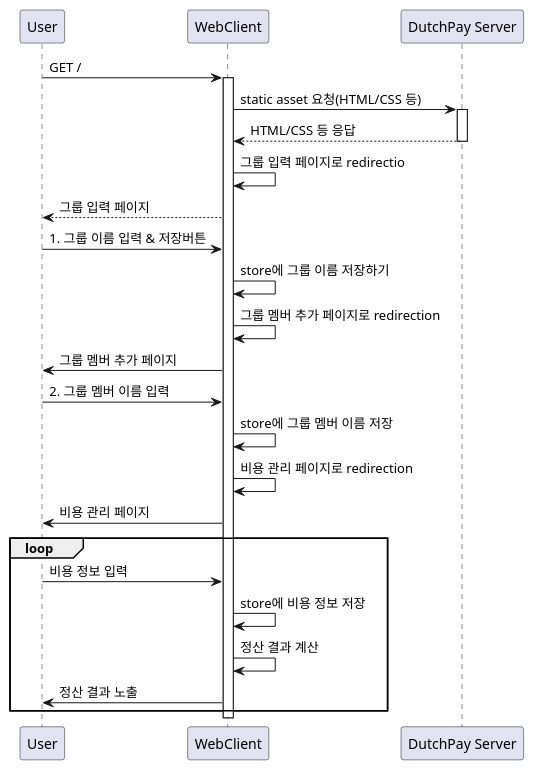
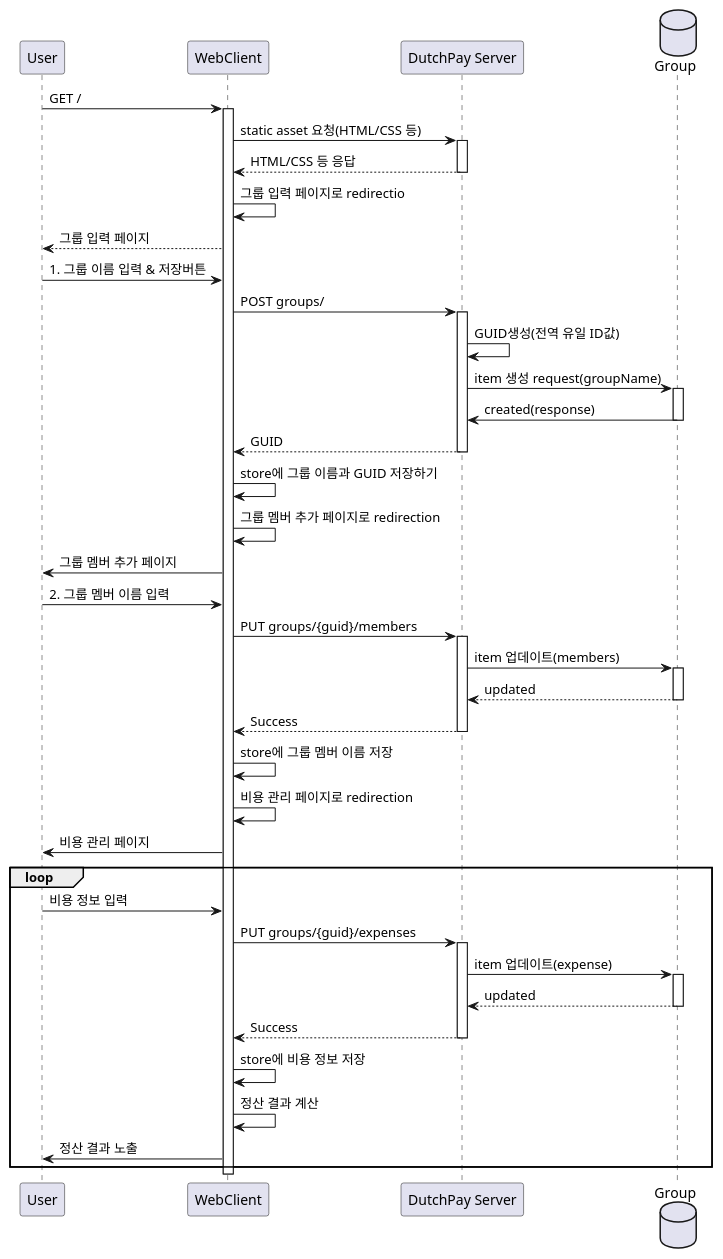
Before and after one commit to hottouk/dutchpay-fastcampus: the diagram in docs/sequence_diagram.plantuml, drawn with PlantUML.

Commit message:
백엔드 연결

```diff
--- a/docs/sequence_diagram.plantuml
+++ b/docs/sequence_diagram.plantuml
@@ -1,33 +1,61 @@
 @startuml
 
 participant User
 participant WebClient as C
 participant "DutchPay Server" as S
+database "Group" as DB
 
 User -> C: GET /
 activate C
 C -> S:static asset 요청(HTML/CSS 등)
 activate S
 S --> C:HTML/CSS 등 응답
 deactivate S
 C -> C: 그룹 입력 페이지로 redirectio
 C--> User: 그룹 입력 페이지
 
 User -> C :1. 그룹 이름 입력 & 저장버튼
-C->C: store에 그룹 이름 저장하기
+C -> S: POST groups/
+activate S
+S -> S: GUID생성(전역 유일 ID값)
+S -> DB: item 생성 request(groupName)
+activate DB
+DB->S: created(response)
+deactivate DB
+S -->C: GUID
+deactivate S
+
+C->C: store에 그룹 이름과 GUID 저장하기
 C->C: 그룹 멤버 추가 페이지로 redirection
-C->User: 그룹 멤버 추가 페이지 
+C->User: 그룹 멤버 추가 페이지
 User->C : 2. 그룹 멤버 이름 입력
+C->S: PUT groups/{guid}/members
+activate S
+S->DB: item 업데이트(members)
+activate DB
+DB-->S: updated
+deactivate DB
+S-->C: Success
+deactivate S
 C->C: store에 그룹 멤버 이름 저장
 C->C: 비용 관리 페이지로 redirection
 C->User: 비용 관리 페이지
 
 loop
   User->C: 비용 정보 입력
+  C->S: PUT groups/{guid}/expenses
+  activate S
+  S->DB: item 업데이트(expense)
+  activate DB
+
+  DB-->S: updated
+  deactivate DB
+  S-->C: Success
+  deactivate S
   C->C: store에 비용 정보 저장
   C->C: 정산 결과 계산
   C->User: 정산 결과 노출
 end
 
 deactivate C
 @enduml
```
